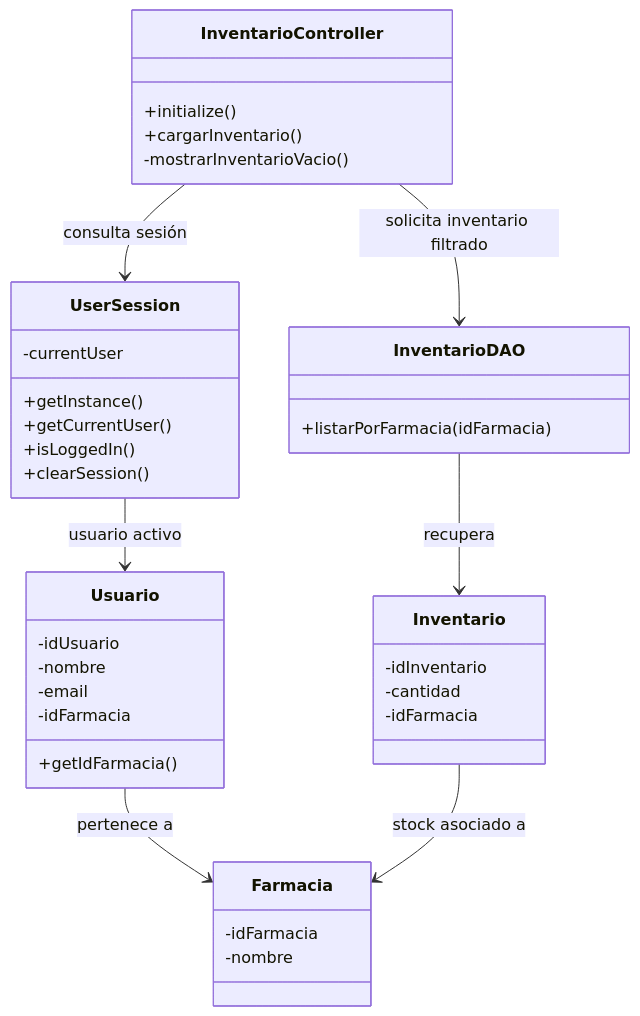
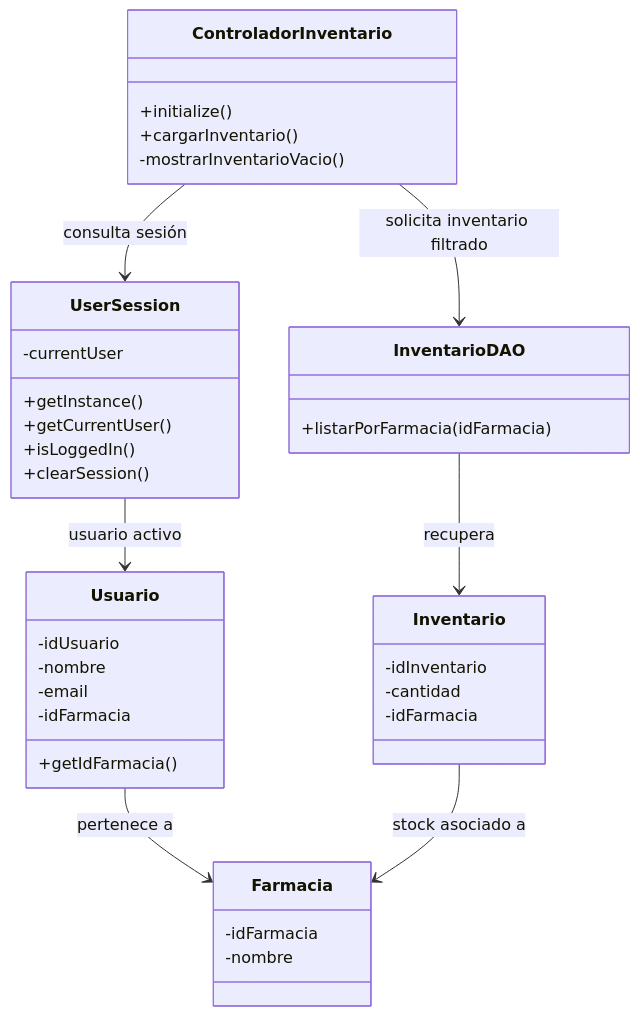
Before and after one commit to puj-course/FIS_2630_1204_G1: the first of 2 diagrams in docs/architecture/design/HU-67-diseno-estructural.md, drawn with Mermaid. The commit also changed other lines of this file and 121 other files, not shown here.

````diff
--- a/docs/architecture/design/HU-67-diseno-estructural.md
+++ b/docs/architecture/design/HU-67-diseno-estructural.md
@@ -24,47 +24,47 @@
 ```mermaid
 classDiagram
 
-    class InventarioController {
+    class ControladorInventario {
         +initialize()
         +cargarInventario()
         -mostrarInventarioVacio()
     }
 
     class UserSession {
         -currentUser
         +getInstance()
         +getCurrentUser()
         +isLoggedIn()
         +clearSession()
     }
 
     class Usuario {
         -idUsuario
         -nombre
         -email
         -idFarmacia
         +getIdFarmacia()
     }
 
     class InventarioDAO {
         +listarPorFarmacia(idFarmacia)
     }
 
     class Inventario {
         -idInventario
         -cantidad
         -idFarmacia
     }
 
     class Farmacia {
         -idFarmacia
         -nombre
     }
 
-    InventarioController --> UserSession : consulta sesión
+    ControladorInventario --> UserSession : consulta sesión
     UserSession --> Usuario : usuario activo
-    InventarioController --> InventarioDAO : solicita inventario filtrado
+    ControladorInventario --> InventarioDAO : solicita inventario filtrado
     InventarioDAO --> Inventario : recupera
     Usuario --> Farmacia : pertenece a
     Inventario --> Farmacia : stock asociado a
 ```
````
